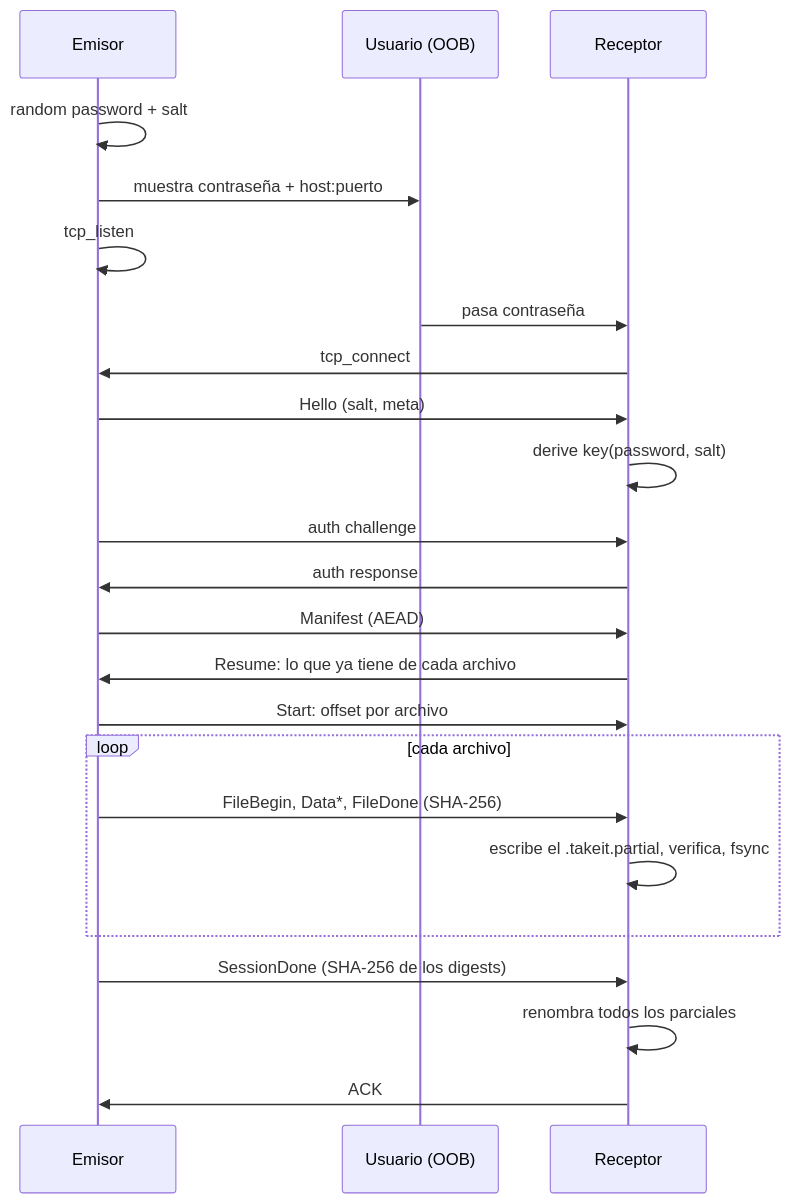
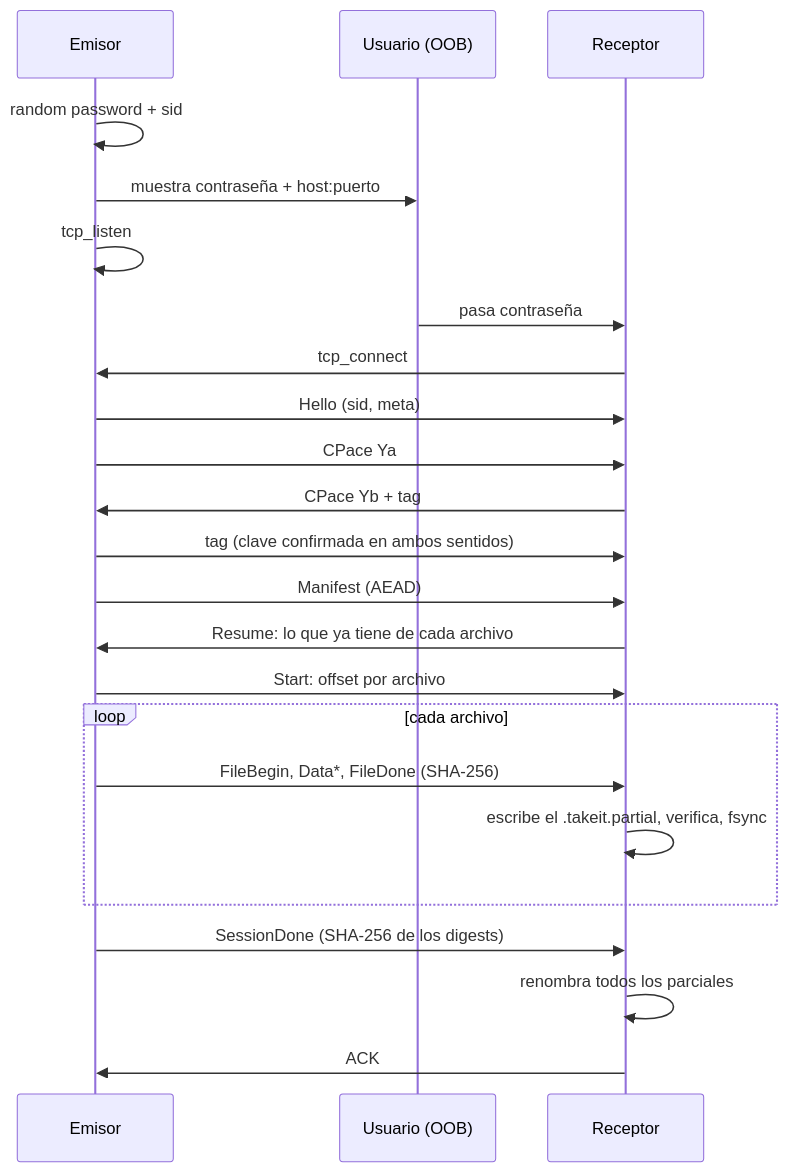
Before and after one commit to ray-language/takeit: the diagram in docs/PLAN.md, drawn with Mermaid. The commit also changed other lines of this file and 9 other files, not shown here.

First line of the commit message:
Authenticate with CPace instead of a password KDF (protocol v5)

````diff
--- a/docs/PLAN.md
+++ b/docs/PLAN.md
@@ -135,26 +136,26 @@
 ```mermaid
 sequenceDiagram
   participant S as Emisor
   participant U as Usuario (OOB)
   participant R as Receptor
 
-  S->>S: random password + salt
+  S->>S: random password + sid
   S->>U: muestra contraseña + host:puerto
   S->>S: tcp_listen
   U->>R: pasa contraseña
   R->>S: tcp_connect
-  S->>R: Hello (salt, meta)
-  R->>R: derive key(password, salt)
-  S->>R: auth challenge
-  R->>S: auth response
+  S->>R: Hello (sid, meta)
+  S->>R: CPace Ya
+  R->>S: CPace Yb + tag
+  S->>R: tag (clave confirmada en ambos sentidos)
   S->>R: Manifest (AEAD)
   R->>S: Resume: lo que ya tiene de cada archivo
   S->>R: Start: offset por archivo
   loop cada archivo
     S->>R: FileBegin, Data*, FileDone (SHA-256)
     R->>R: escribe el .takeit.partial, verifica, fsync
   end
   S->>R: SessionDone (SHA-256 de los digests)
   R->>R: renombra todos los parciales
   R->>S: ACK
 ```
````
